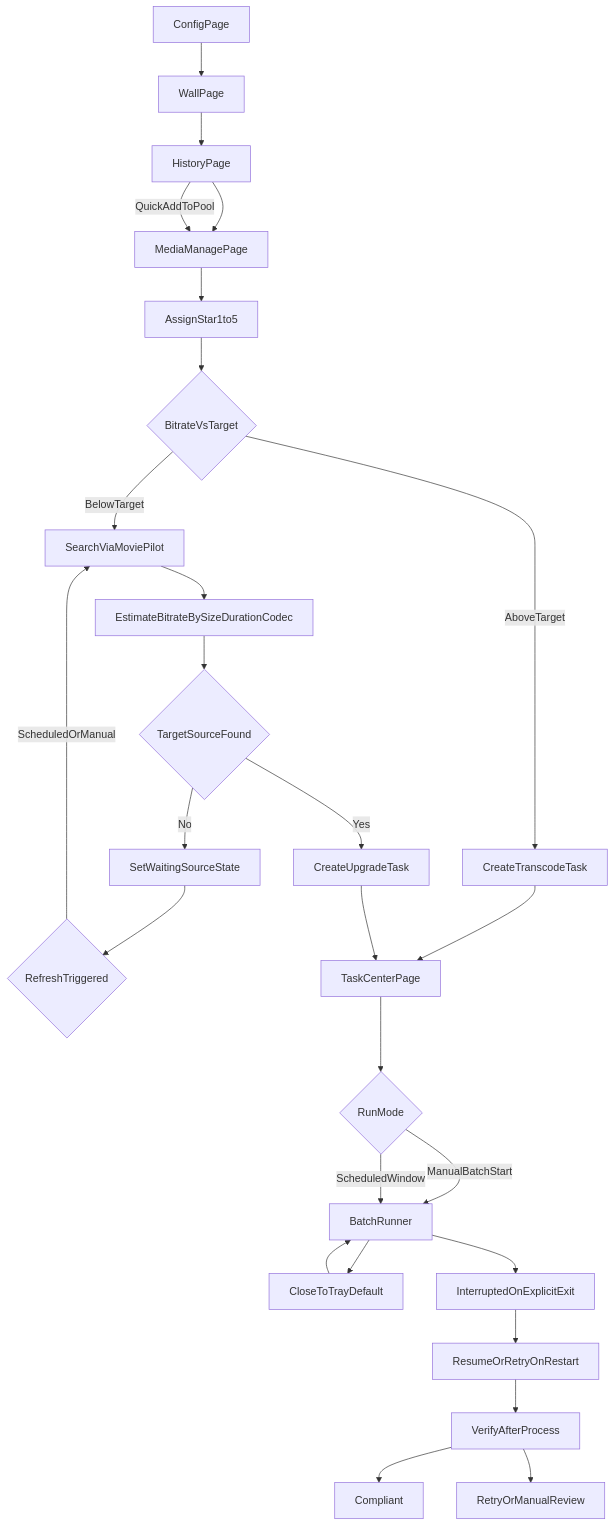
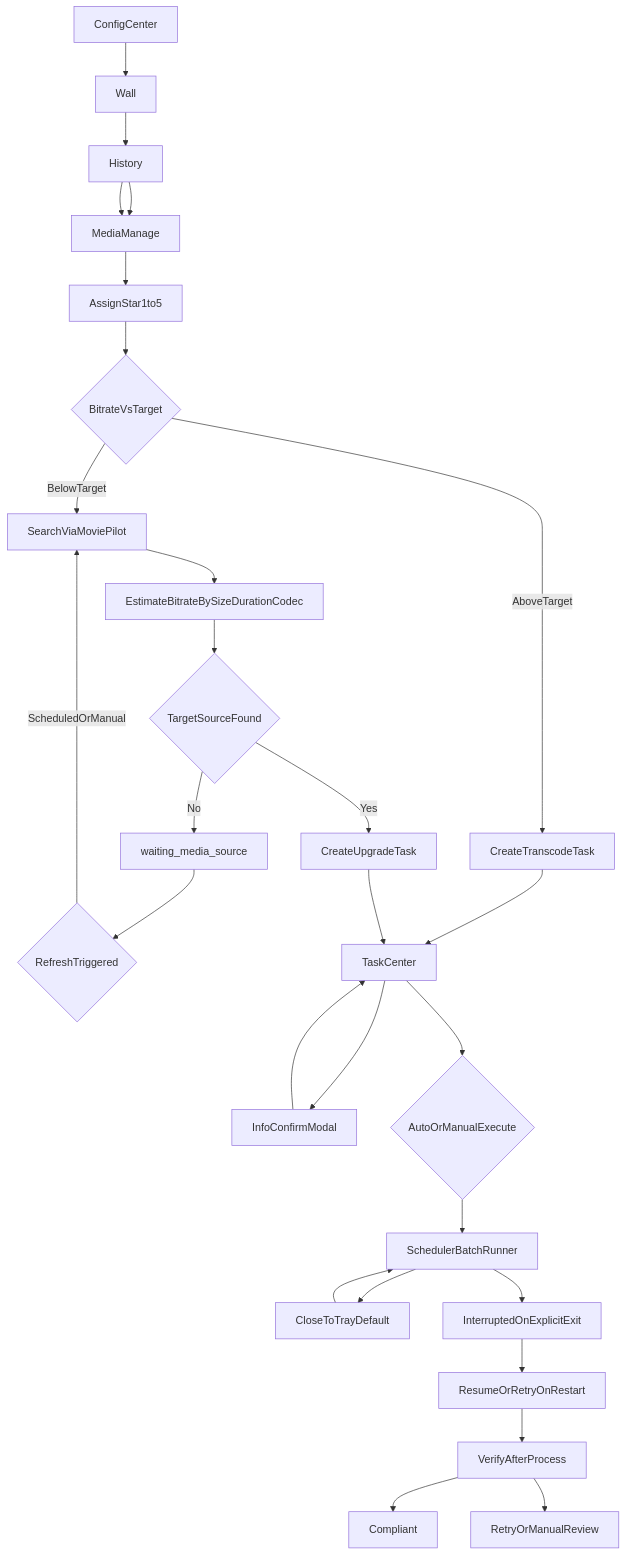
The diagram in EmbyDesktopPlayer_PRD_v1.0.0.md (markmahoro/Shelfdeck), drawn with Mermaid before and after one commit. The commit also changed other lines of this file and 15 other files, not shown here.

````diff
--- a/EmbyDesktopPlayer_PRD_v1.0.0.md
+++ b/EmbyDesktopPlayer_PRD_v1.0.0.md
@@ -237,29 +248,30 @@
 ```mermaid
 flowchart TD
-  configPage[ConfigPage] --> wallPage[WallPage]
-  wallPage --> historyPage[HistoryPage]
-  historyPage --> mediaManagePage[MediaManagePage]
-  historyPage -->|QuickAddToPool| mediaManagePage
+  configPage[ConfigCenter] --> wallPage[Wall]
+  wallPage --> historyPage[History]
+  historyPage --> mediaManagePage[MediaManage]
+  historyPage --> mediaManagePage
   mediaManagePage --> scoreAssign[AssignStar1to5]
   scoreAssign --> decisionNode{BitrateVsTarget}
   decisionNode -->|"AboveTarget"| transcodeQueue[CreateTranscodeTask]
   decisionNode -->|"BelowTarget"| moviepilotSearch[SearchViaMoviePilot]
   moviepilotSearch --> estimateStage[EstimateBitrateBySizeDurationCodec]
   estimateStage --> sourceCheck{TargetSourceFound}
   sourceCheck -->|Yes| downloadQueue[CreateUpgradeTask]
-  sourceCheck -->|No| waitingSource[SetWaitingSourceState]
-  waitingSource --> refreshTrigger{RefreshTriggered}
+  sourceCheck -->|No| waitingMediaSource[waiting_media_source]
+  waitingMediaSource --> refreshTrigger{RefreshTriggered}
   refreshTrigger -->|ScheduledOrManual| moviepilotSearch
-  transcodeQueue --> taskCenter[TaskCenterPage]
+  transcodeQueue --> taskCenter[TaskCenter]
   downloadQueue --> taskCenter
-  taskCenter --> triggerMode{RunMode}
-  triggerMode -->|ManualBatchStart| batchRunner[BatchRunner]
-  triggerMode -->|ScheduledWindow| batchRunner
+  taskCenter --> infoConfirm[InfoConfirmModal]
+  infoConfirm --> taskCenter
+  taskCenter --> triggerMode{AutoOrManualExecute}
+  triggerMode --> batchRunner[SchedulerBatchRunner]
   batchRunner --> trayMinimize[CloseToTrayDefault]
   trayMinimize --> batchRunner
   batchRunner --> interruptedState[InterruptedOnExplicitExit]
   interruptedState --> resumeFlow[ResumeOrRetryOnRestart]
   resumeFlow --> verifyStage[VerifyAfterProcess]
   verifyStage --> compliantDone[Compliant]
   verifyStage --> retryOrManual[RetryOrManualReview]
 ```
````
